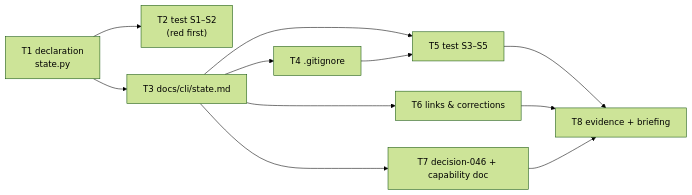
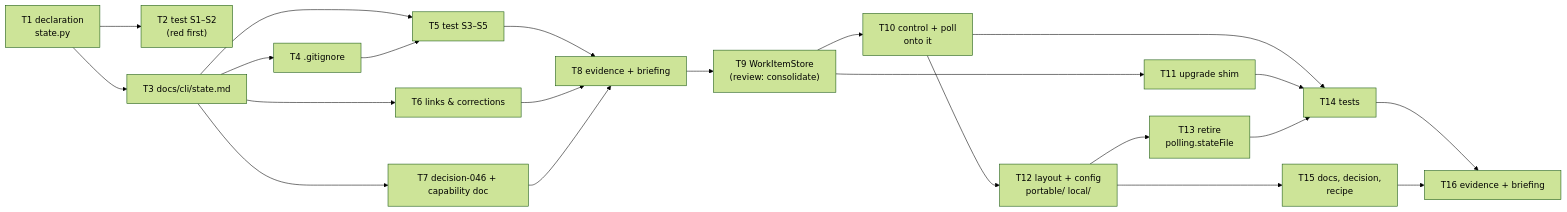
The diagram in docs/specs/issue-128/tasks.md (MadaraUchiha-314/the-loop), drawn with Mermaid (forest theme) before and after one commit. The commit also changed other lines of this file and 38 other files, not shown here.

````diff
--- a/docs/specs/issue-128/tasks.md
+++ b/docs/specs/issue-128/tasks.md
@@ -15,13 +15,24 @@
 ```mermaid
 graph LR
   T1["T1 declaration<br/>state.py"] --> T2["T2 test S1–S2<br/>(red first)"]
   T1 --> T3["T3 docs/cli/state.md"]
   T3 --> T4["T4 .gitignore"]
   T3 --> T5["T5 test S3–S5"]
   T4 --> T5
   T3 --> T6["T6 links & corrections"]
   T3 --> T7["T7 decision-046 + capability doc"]
   T5 --> T8["T8 evidence + briefing"]
   T6 --> T8
   T7 --> T8
+  T8 --> T9["T9 WorkItemStore<br/>(review: consolidate)"]
+  T9 --> T10["T10 control + poll<br/>onto it"]
+  T9 --> T11["T11 upgrade shim"]
+  T10 --> T12["T12 layout + config<br/>portable/ local/"]
+  T12 --> T13["T13 retire<br/>polling.stateFile"]
+  T10 --> T14["T14 tests"]
+  T11 --> T14
+  T13 --> T14
+  T12 --> T15["T15 docs, decision,<br/>recipe"]
+  T14 --> T16["T16 evidence + briefing"]
+  T15 --> T16
 ```
````
